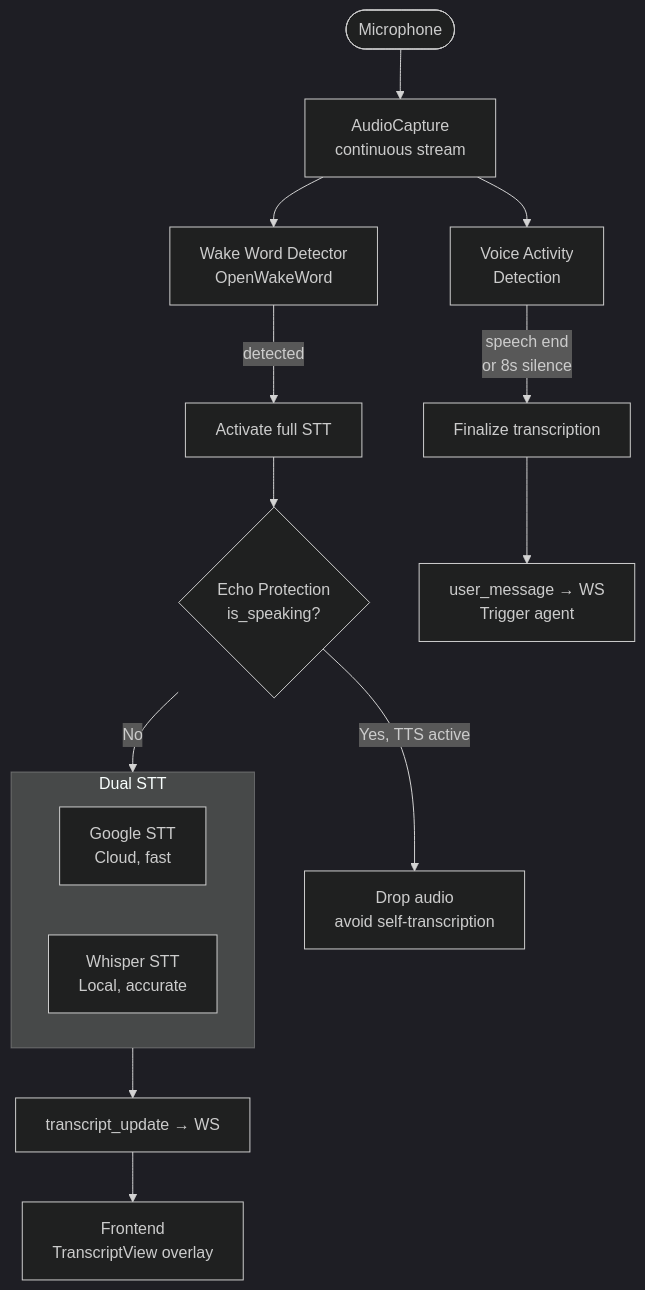
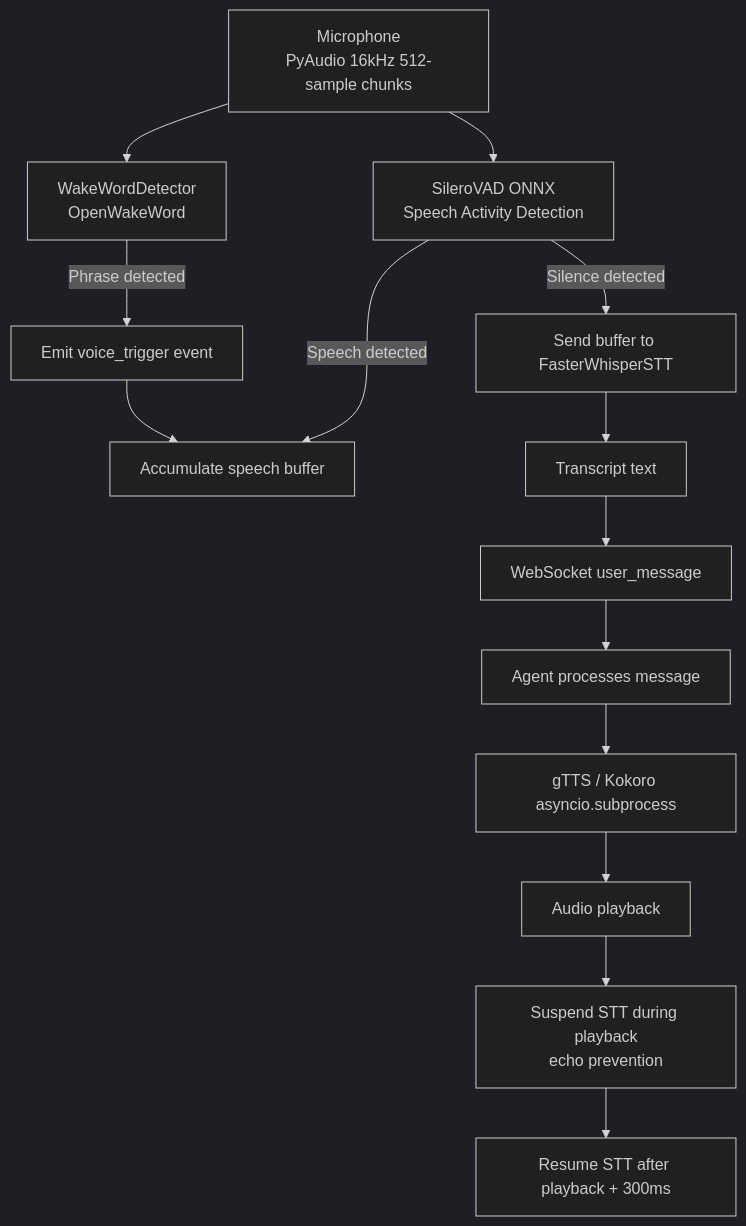
The seventh of 10 diagrams in docs/03_agentic_flow.md (OpenSarthi/opensarthi), drawn with Mermaid (dark theme) before and after one commit. The commit also changed other lines of this file and 8 other files, not shown here.

Commit message:
docs: comprehensive synchronization of all READMEs, SKILLS.md and architectural guides

````diff
--- a/docs/03_agentic_flow.md
+++ b/docs/03_agentic_flow.md
@@ -242,22 +267,20 @@
 ```mermaid
 flowchart TD
-    MIC([Microphone]) --> AUDIO[AudioCapture\ncontinuous stream]
-    AUDIO --> WW[Wake Word Detector\nOpenWakeWord]
-    AUDIO --> VAD[Voice Activity\nDetection]
+    MIC[Microphone\nPyAudio 16kHz 512-sample chunks] --> VAD[SileroVAD ONNX\nSpeech Activity Detection]
+    MIC --> WAKE[WakeWordDetector\nOpenWakeWord]
 
-    WW -->|detected| ACTIVATE[Activate full STT]
-    VAD -->|speech end\nor 8s silence| FINALIZE[Finalize transcription]
+    WAKE -->|Phrase detected| VOICE_TRIGGER[Emit voice_trigger event]
+    VAD -->|Speech detected| BUFFER[Accumulate speech buffer]
+    VAD -->|Silence detected| PROCESS[Send buffer to FasterWhisperSTT]
 
-    ACTIVATE --> STT_GATE{Echo Protection\nis_speaking?}
-    STT_GATE -->|Yes, TTS active| DROP[Drop audio\navoid self-transcription]
-    STT_GATE -->|No| DUAL_STT
+    VOICE_TRIGGER --> BUFFER
 
-    subgraph DUAL_STT[Dual STT]
-        GOOGLE[Google STT\nCloud, fast]
-        WHISPER[Whisper STT\nLocal, accurate]
-    end
+    PROCESS --> TRANSCRIPT[Transcript text]
+    TRANSCRIPT --> WS_MSG[WebSocket user_message]
+    WS_MSG --> AGENT[Agent processes message]
 
-    DUAL_STT --> TRANSCRIPT[transcript_update → WS]
-    TRANSCRIPT --> FE_DISPLAY[Frontend\nTranscriptView overlay]
-    FINALIZE --> USER_MSG[user_message → WS\nTrigger agent]
+    AGENT --> TTS[gTTS / Kokoro asyncio.subprocess]
+    TTS --> PLAY[Audio playback]
+    PLAY --> SUSPEND_STT[Suspend STT during playback\necho prevention]
+    SUSPEND_STT --> RESUME_STT[Resume STT after playback + 300ms]
 ```
````
